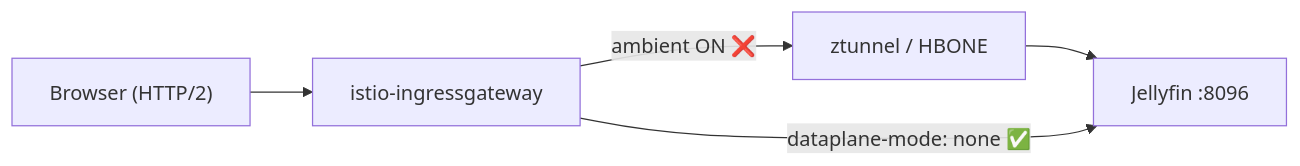
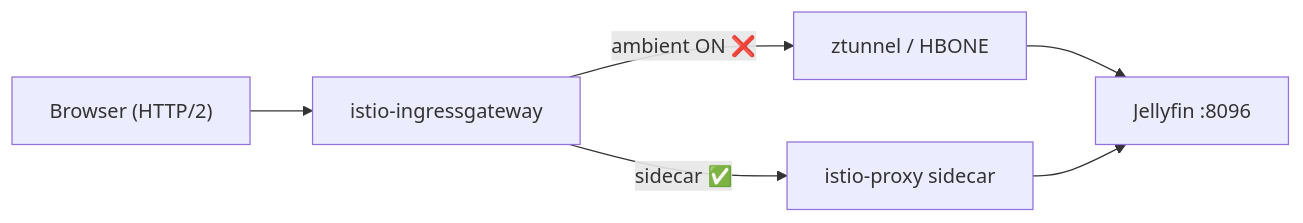
Before and after one commit to ApexCaptain/ApexCaptain.IaC.Pulumi: the diagram in docs/issues/2026-08-17-jellyfin-ambient-mesh-direct-play-seek.md, drawn with Mermaid. The commit also changed other lines of this file and 23 other files, not shown here.

````diff
--- a/docs/issues/2026-08-17-jellyfin-ambient-mesh-direct-play-seek.md
+++ b/docs/issues/2026-08-17-jellyfin-ambient-mesh-direct-play-seek.md
@@ -170,12 +182,14 @@
 ```mermaid
 flowchart LR
   Browser["Browser (HTTP/2)"]
   IG["istio-ingressgateway"]
   ZT["ztunnel / HBONE"]
+  SC["istio-proxy sidecar"]
   JF["Jellyfin :8096"]
 
   Browser --> IG
   IG -->|"ambient ON ❌"| ZT
   ZT --> JF
-  IG -->|"dataplane-mode: none ✅"| JF
+  IG -->|"sidecar ✅"| SC
+  SC --> JF
 ```
````
